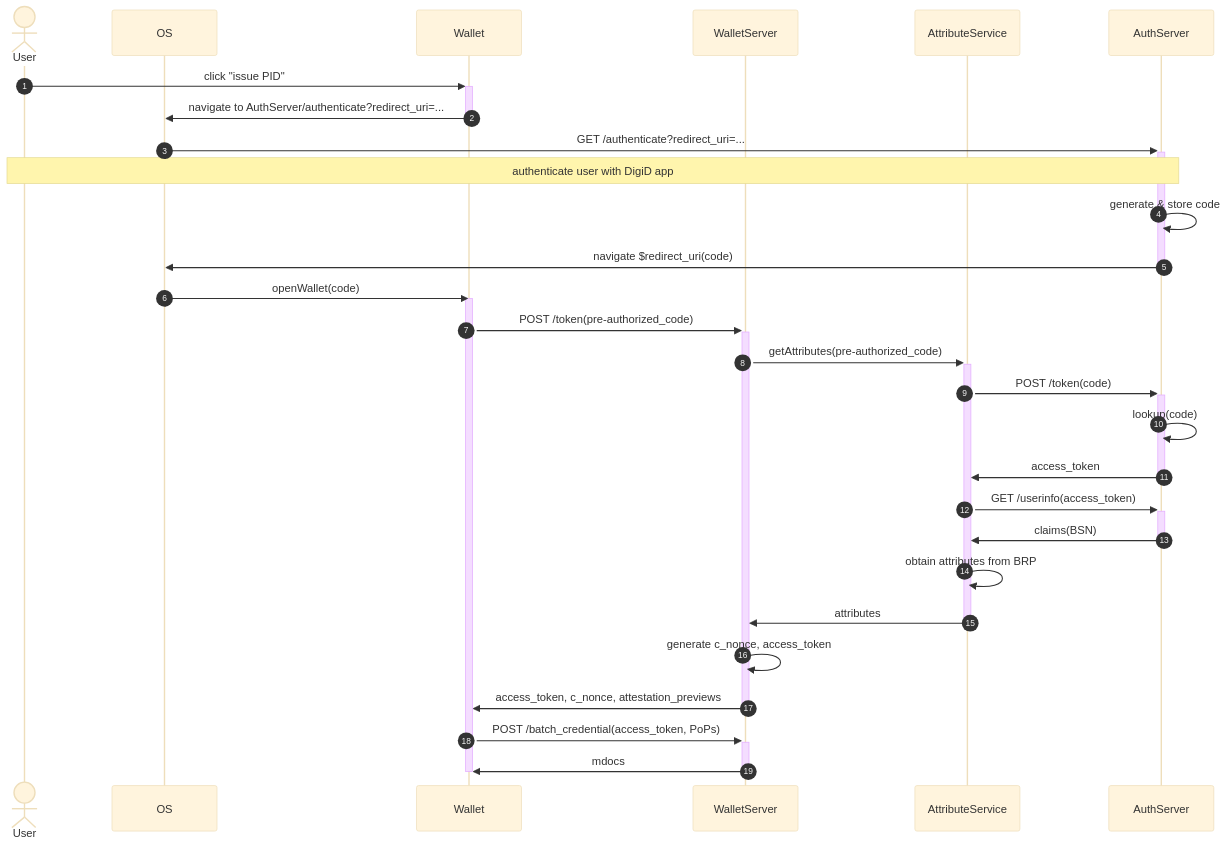
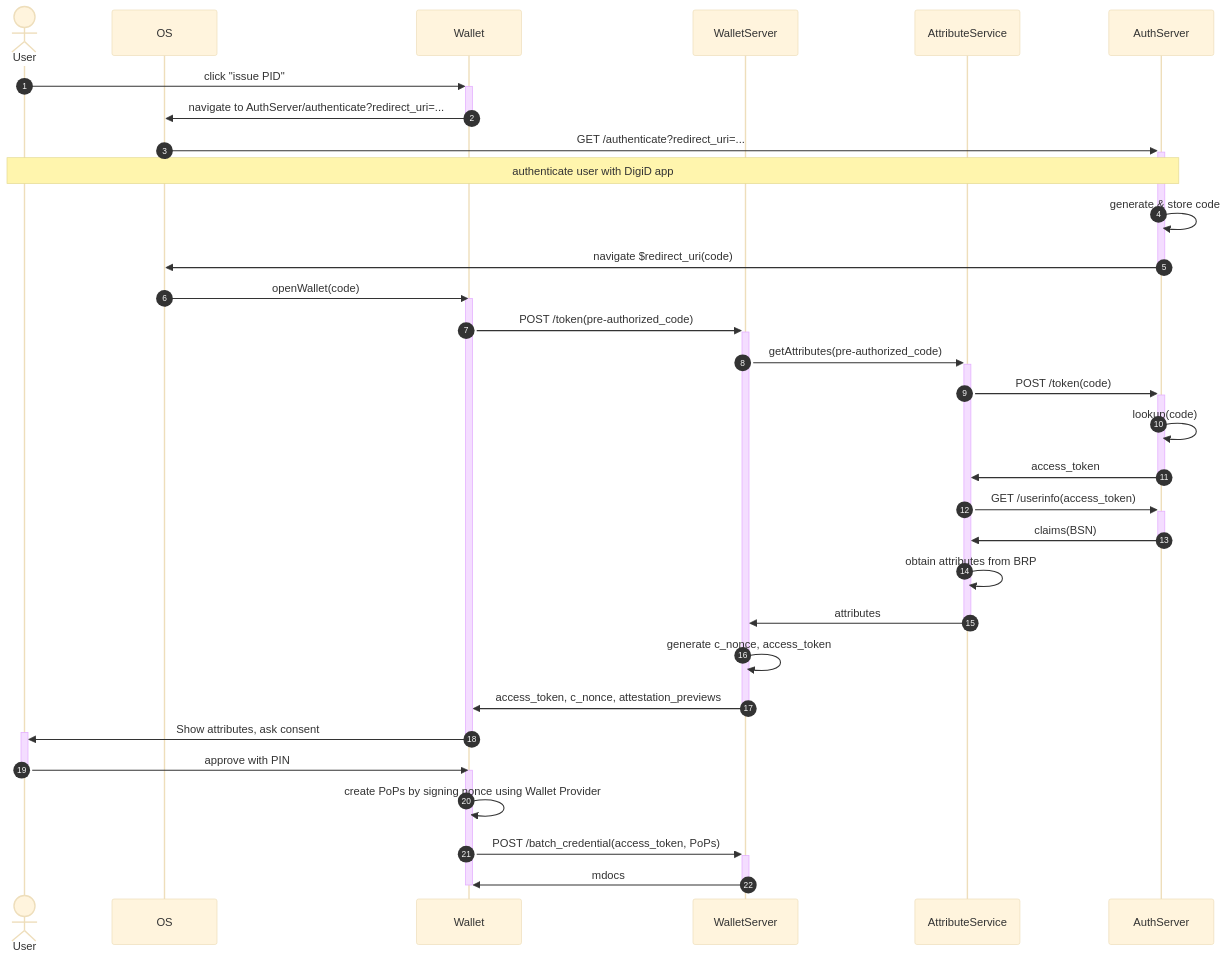
The fourth of 5 diagrams in documentation/flows/openid.md (MinBZK/nl-wallet), drawn with Mermaid (base theme) before and after one commit. The commit also changed other lines of this file, not shown here.

Commit message:
Add generic openid4vci issuance sequence diagram

````diff
--- a/documentation/flows/openid.md
+++ b/documentation/flows/openid.md
@@ -123,34 +123,39 @@
 ```mermaid
 sequenceDiagram
     autonumber
 
     actor User
     participant OS
     participant Wallet
     participant WalletServer
     participant AttributeService
     participant AuthServer
 
     User->>+Wallet: click "issue PID"
     Wallet->>-OS: navigate to AuthServer/authenticate?redirect_uri=...
     OS->>+AuthServer: GET /authenticate?redirect_uri=...
     note over User, AuthServer: authenticate user with DigiD app
     AuthServer->>AuthServer: generate & store code
     AuthServer->>-OS: navigate $redirect_uri(code)
     OS->>Wallet: openWallet(code)
     activate Wallet
-    Wallet->>+WalletServer: POST /token(pre-authorized_code)
-    WalletServer->>+AttributeService: getAttributes(pre-authorized_code)
-    AttributeService->>+AuthServer: POST /token(code)
-    AuthServer->>AuthServer: lookup(code)
-    AuthServer->>-AttributeService: access_token
-    AttributeService->>+AuthServer: GET /userinfo(access_token)
-    AuthServer->>-AttributeService: claims(BSN)
-    AttributeService->>AttributeService: obtain attributes from BRP
-    AttributeService->>-WalletServer: attributes
-    WalletServer->>WalletServer: generate c_nonce, access_token
-    WalletServer->>-Wallet: access_token, c_nonce, attestation_previews
+        Wallet->>+WalletServer: POST /token(pre-authorized_code)
+        WalletServer->>+AttributeService: getAttributes(pre-authorized_code)
+        AttributeService->>+AuthServer: POST /token(code)
+        AuthServer->>AuthServer: lookup(code)
+        AuthServer->>-AttributeService: access_token
+        AttributeService->>+AuthServer: GET /userinfo(access_token)
+        AuthServer->>-AttributeService: claims(BSN)
+        AttributeService->>AttributeService: obtain attributes from BRP
+        AttributeService->>-WalletServer: attributes
+        WalletServer->>WalletServer: generate c_nonce, access_token
+        WalletServer->>-Wallet: access_token, c_nonce, attestation_previews
+        Wallet->>+User: Show attributes, ask consent
+    deactivate Wallet
+    User->>-Wallet: approve with PIN
+    activate Wallet
+        Wallet->>Wallet: create PoPs by signing nonce using Wallet Provider
     Wallet->>+WalletServer: POST /batch_credential(access_token, PoPs)
     WalletServer->>-Wallet: mdocs
     deactivate Wallet
 ```
````
